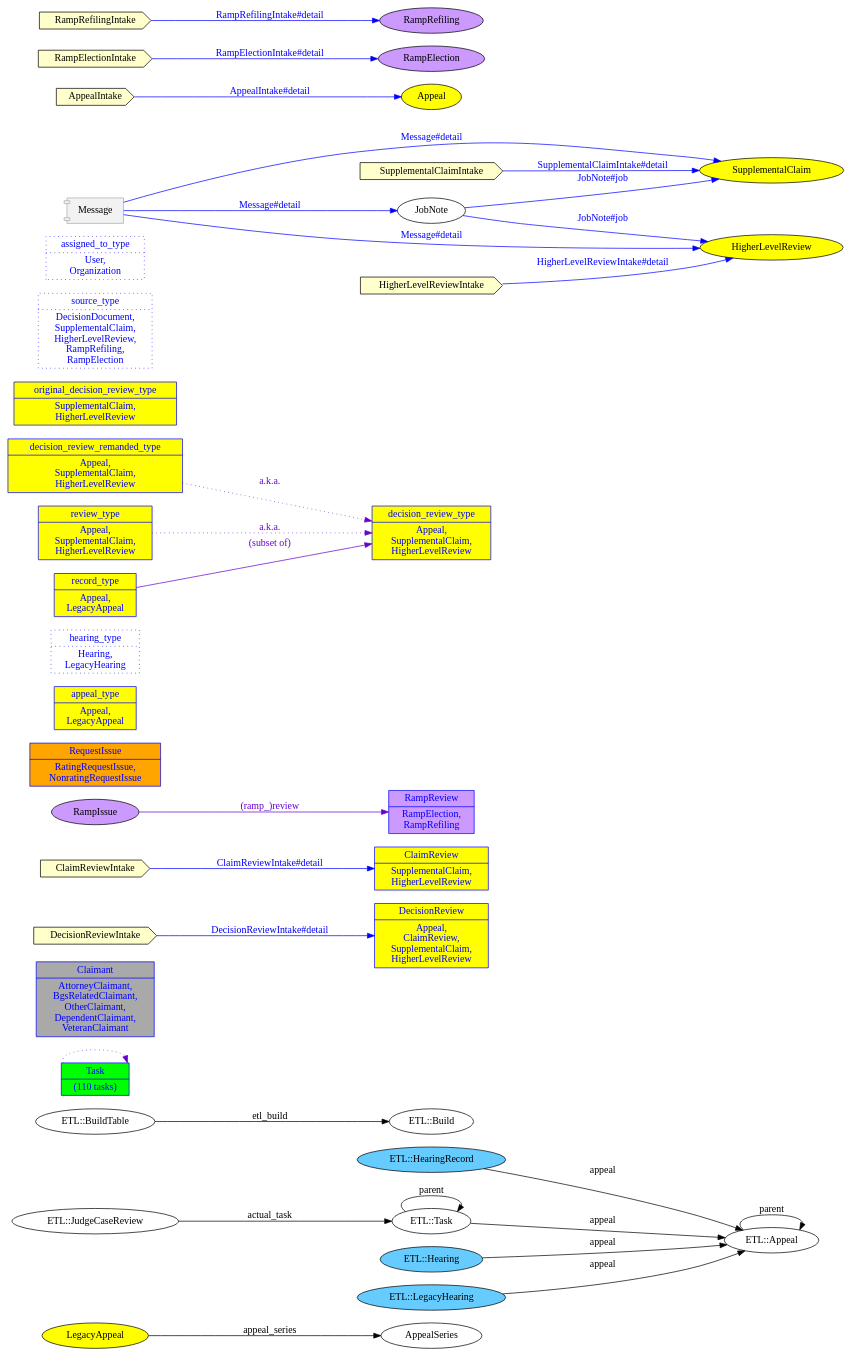
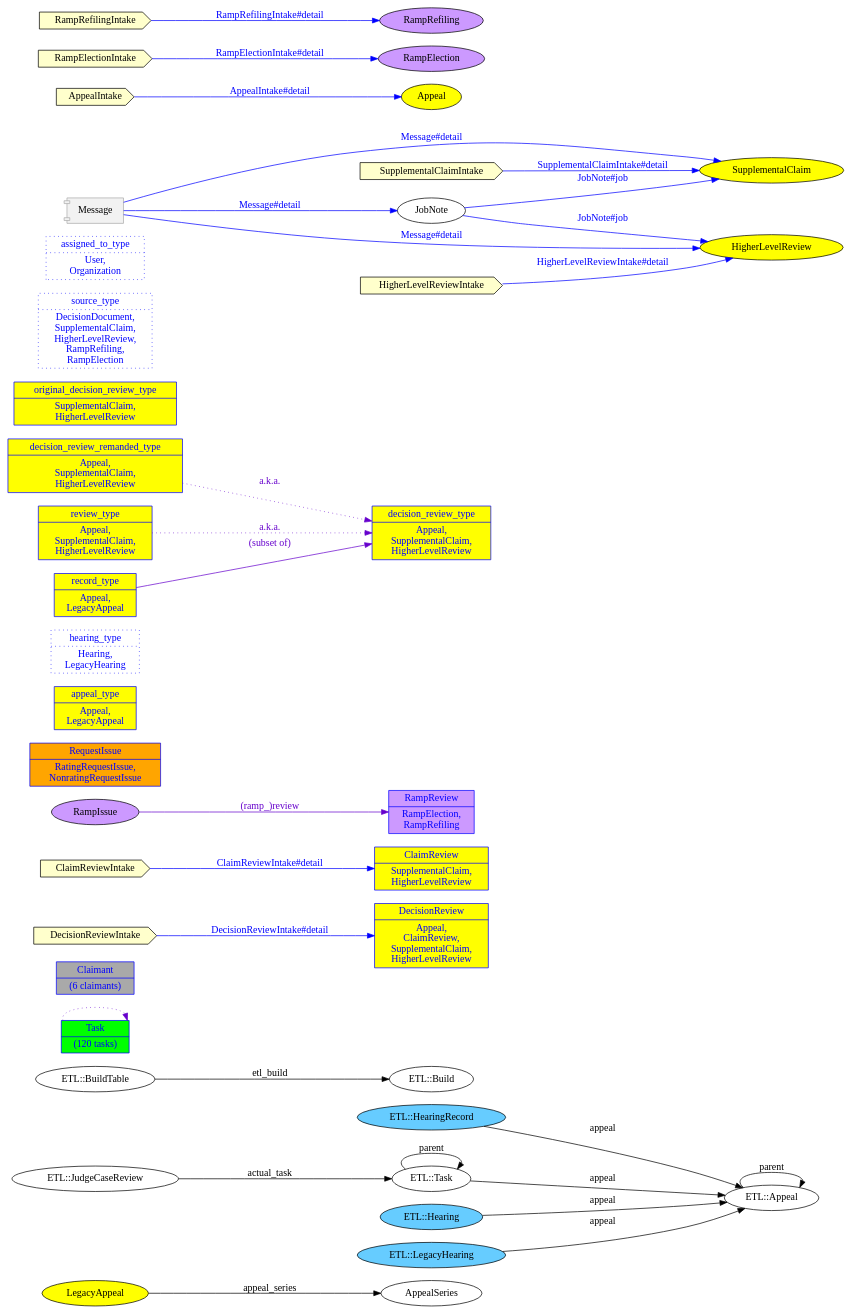
One commit to department-of-veterans-affairs/caseflow changed the diagram in __task_trees/content/schema/make_docs/etl-belongs_to_erd.dot. Above: the diagram before and after it, drawn with Graphviz. The commit also changed 124 other files, not shown here.

Commit message:
`make docs` GH Action: automatically update DB schema documentation files

```diff
--- a/__task_trees/content/schema/make_docs/etl-belongs_to_erd.dot
+++ b/__task_trees/content/schema/make_docs/etl-belongs_to_erd.dot
@@ -1,5 +1,5 @@
 digraph belongs_to_erd {
-	graph [bb="0,0,1182.7,1951",
+	graph [bb="0,0,1182.7,1891",
 		rankdir=LR
 	];
 	node [label="\N"];
@@ -58,7 +58,7 @@
 	Task	[color="#0000ff",
 		fillcolor="#00ff00",
 		fontcolor="#0000ff",
-		label="Task|(110 tasks)",
+		label="Task|(120 tasks)",
 		shape=record,
 		style=filled,
 		];
@@ -68,7 +68,7 @@
 	Claimant	[color="#0000ff",
 		fillcolor="#a9a9a9",
 		fontcolor="#0000ff",
-		label="Claimant|AttorneyClaimant,\nBgsRelatedClaimant,\nOtherClaimant,\nDependentClaimant,\nVeteranClaimant",
+		label="Claimant|(6 claimants)",
 		shape=record,
 		style=filled,
 		];
```
